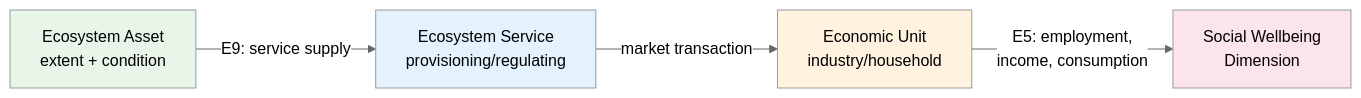
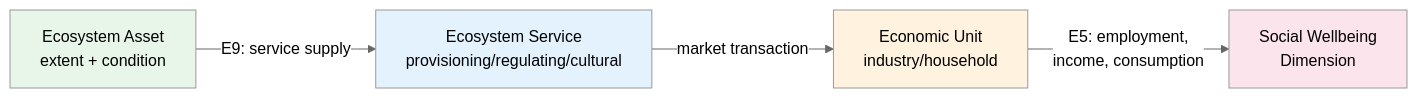
One commit to MariaGAlarcon/ocean-accounts-expert changed the first of 5 diagrams in social-accounts-prototype/01-logic-chains.md. Above: the diagram before and after it, drawn with Mermaid (neutral theme). The commit also changed other lines of this file and 8 other files, not shown here.

````diff
--- a/social-accounts-prototype/01-logic-chains.md
+++ b/social-accounts-prototype/01-logic-chains.md
@@ -44,11 +44,11 @@
 ```mermaid
 graph LR
-    EA[Ecosystem Asset<br/>extent + condition] -->|E9: service supply| ES[Ecosystem Service<br/>provisioning/regulating]
+    EA[Ecosystem Asset<br/>extent + condition] -->|E9: service supply| ES[Ecosystem Service<br/>provisioning/regulating/cultural]
     ES -->|market transaction| EU[Economic Unit<br/>industry/household]
     EU -->|E5: employment,<br/>income, consumption| SW[Social Wellbeing<br/>Dimension]
 
     style EA fill:#e8f5e9
     style ES fill:#e3f2fd
     style EU fill:#fff3e0
     style SW fill:#fce4ec
 ```
````
